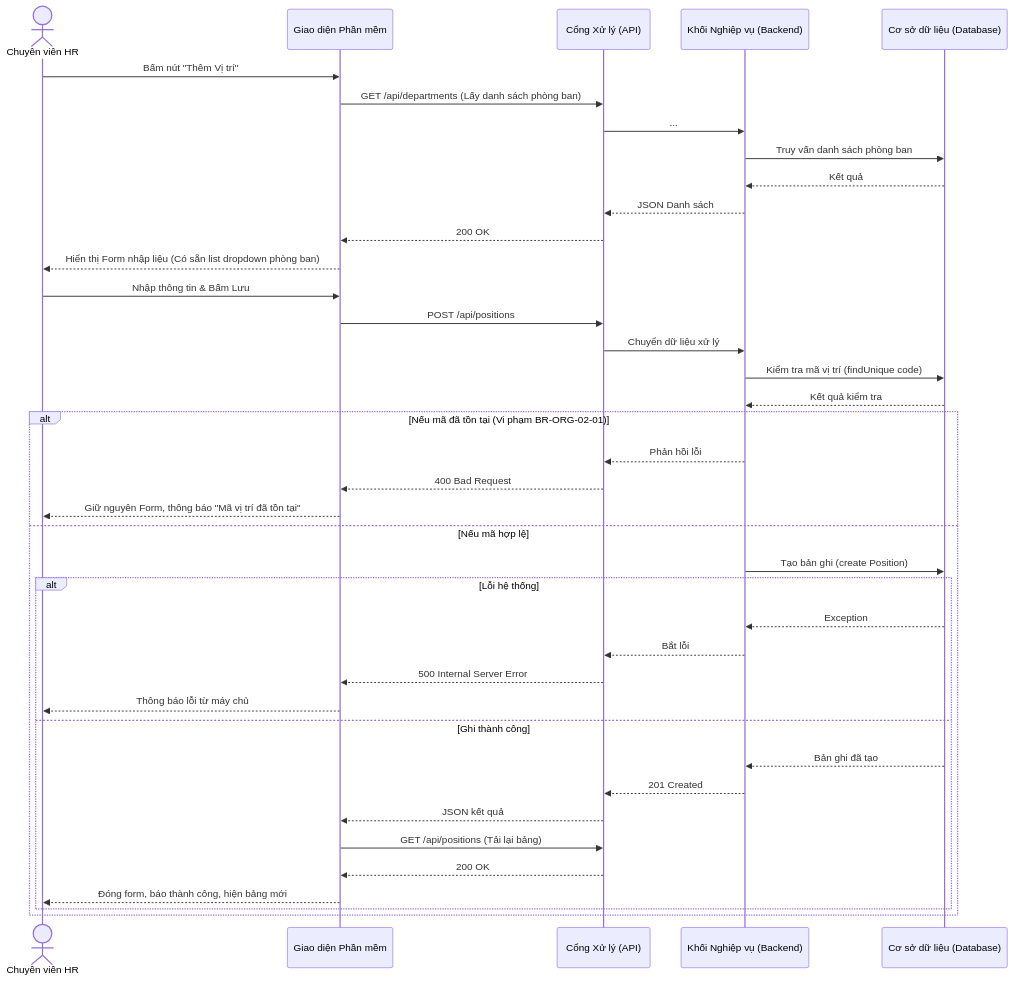
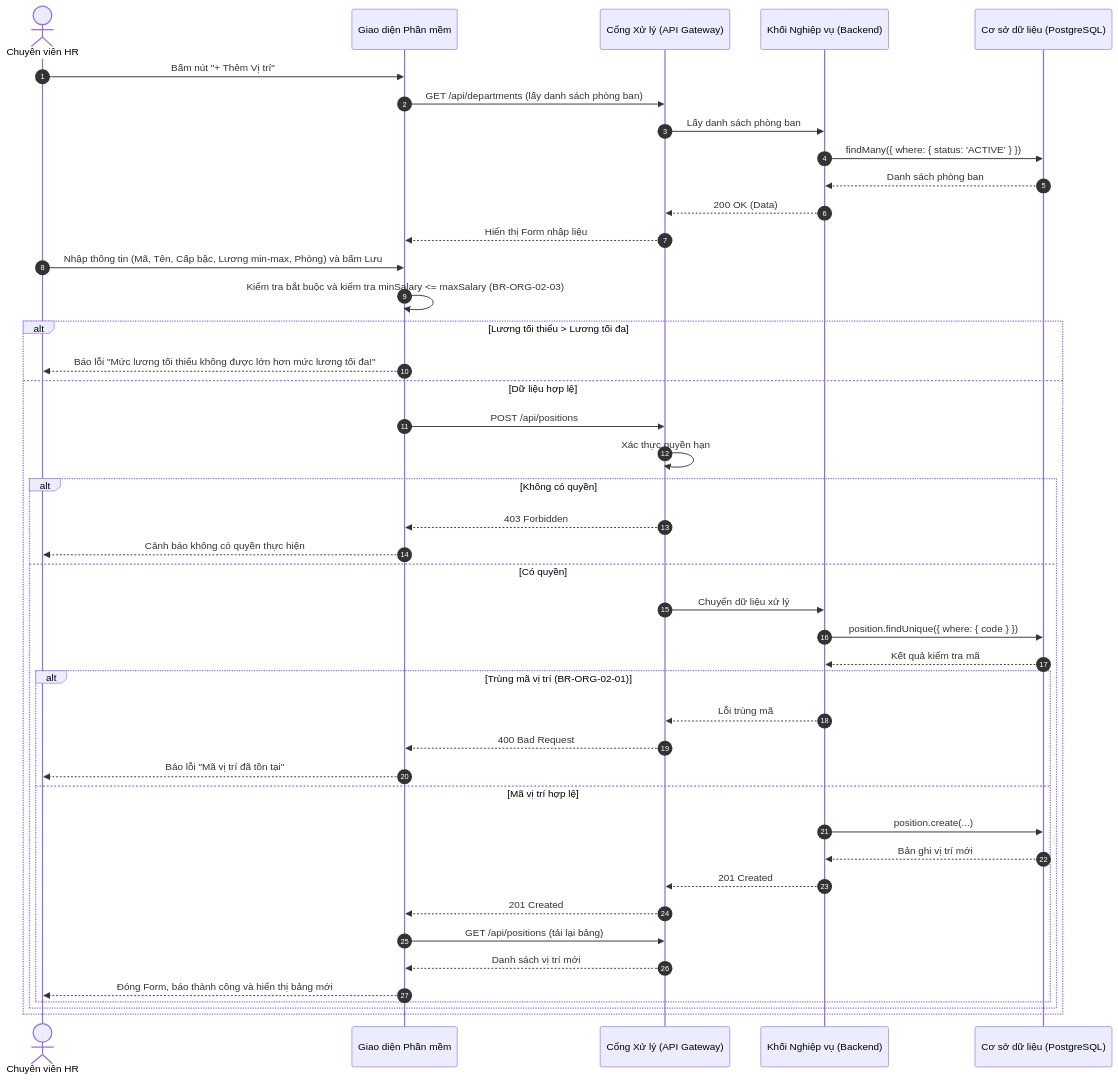
Before and after one commit to aye2710/HRM-DATN: the first of 4 diagrams in docs/Tài liệu phân tích nghiệp vụ từng module/Module Tổ chức/Chuc-nang-Quan-ly-Vi-tri.md, drawn with Mermaid. The commit also changed other lines of this file and 27 other files, not shown here.

````diff
--- a/docs/Tài liệu phân tích nghiệp vụ từng module/Module Tổ chức/Chuc-nang-Quan-ly-Vi-tri.md
+++ b/docs/Tài liệu phân tích nghiệp vụ từng module/Module Tổ chức/Chuc-nang-Quan-ly-Vi-tri.md
@@ -57,45 +109,47 @@
 ```mermaid
 sequenceDiagram
+    autonumber
     actor HR as Chuyên viên HR
     participant FE as Giao diện Phần mềm
-    participant API as Cổng Xử lý (API)
+    participant API as Cổng Xử lý (API Gateway)
     participant BE as Khối Nghiệp vụ (Backend)
-    participant DB as Cơ sở dữ liệu (Database)
+    participant DB as Cơ sở dữ liệu (PostgreSQL)
 
-    HR->>FE: Bấm nút "Thêm Vị trí"
-    FE->>API: GET /api/departments (Lấy danh sách phòng ban)
-    API->>BE: ...
-    BE->>DB: Truy vấn danh sách phòng ban
-    DB-->>BE: Kết quả
-    BE-->>API: JSON Danh sách
-    API-->>FE: 200 OK
-    FE-->>HR: Hiển thị Form nhập liệu (Có sẵn list dropdown phòng ban)
-    
-    HR->>FE: Nhập thông tin & Bấm Lưu
-    FE->>API: POST /api/positions
-    API->>BE: Chuyển dữ liệu xử lý
-    
-    BE->>DB: Kiểm tra mã vị trí (findUnique code)
-    DB-->>BE: Kết quả kiểm tra
-    
-    alt Nếu mã đã tồn tại (Vi phạm BR-ORG-02-01)
-        BE-->>API: Phản hồi lỗi
-        API-->>FE: 400 Bad Request
-        FE-->>HR: Giữ nguyên Form, thông báo "Mã vị trí đã tồn tại"
-    else Nếu mã hợp lệ
-        BE->>DB: Tạo bản ghi (create Position)
-        alt Lỗi hệ thống
-            DB-->>BE: Exception
-            BE-->>API: Bắt lỗi
-            API-->>FE: 500 Internal Server Error
-            FE-->>HR: Thông báo lỗi từ máy chủ
-        else Ghi thành công
-            DB-->>BE: Bản ghi đã tạo
-            BE-->>API: 201 Created
-            API-->>FE: JSON kết quả
-            FE->>API: GET /api/positions (Tải lại bảng)
-            API-->>FE: 200 OK
-            FE-->>HR: Đóng form, báo thành công, hiện bảng mới
+    HR->>FE: Bấm nút "+ Thêm Vị trí"
+    FE->>API: GET /api/departments (lấy danh sách phòng ban)
+    API->>BE: Lấy danh sách phòng ban
+    BE->>DB: findMany({ where: { status: 'ACTIVE' } })
+    DB-->>BE: Danh sách phòng ban
+    BE-->>API: 200 OK (Data)
+    API-->>FE: Hiển thị Form nhập liệu
+
+    HR->>FE: Nhập thông tin (Mã, Tên, Cấp bậc, Lương min-max, Phòng) và bấm Lưu
+    FE->>FE: Kiểm tra bắt buộc và kiểm tra minSalary <= maxSalary (BR-ORG-02-03)
+    alt Lương tối thiểu > Lương tối đa
+        FE-->>HR: Báo lỗi "Mức lương tối thiểu không được lớn hơn mức lương tối đa!"
+    else Dữ liệu hợp lệ
+        FE->>API: POST /api/positions
+        API->>API: Xác thực quyền hạn
+        alt Không có quyền
+            API-->>FE: 403 Forbidden
+            FE-->>HR: Cảnh báo không có quyền thực hiện
+        else Có quyền
+            API->>BE: Chuyển dữ liệu xử lý
+            BE->>DB: position.findUnique({ where: { code } })
+            DB-->>BE: Kết quả kiểm tra mã
+            alt Trùng mã vị trí (BR-ORG-02-01)
+                BE-->>API: Lỗi trùng mã
+                API-->>FE: 400 Bad Request
+                FE-->>HR: Báo lỗi "Mã vị trí đã tồn tại"
+            else Mã vị trí hợp lệ
+                BE->>DB: position.create(...)
+                DB-->>BE: Bản ghi vị trí mới
+                BE-->>API: 201 Created
+                API-->>FE: 201 Created
+                FE->>API: GET /api/positions (tải lại bảng)
+                API-->>FE: Danh sách vị trí mới
+                FE-->>HR: Đóng Form, báo thành công và hiển thị bảng mới
+            end
         end
     end
 ```
````
